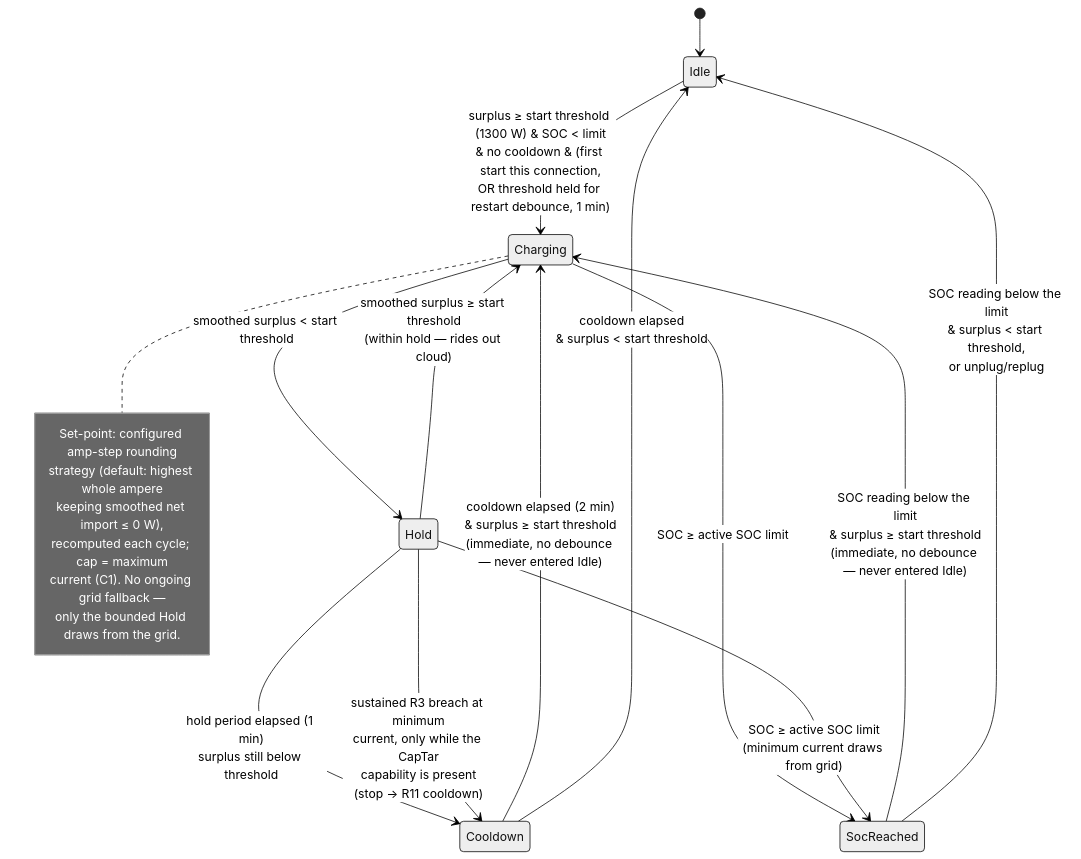
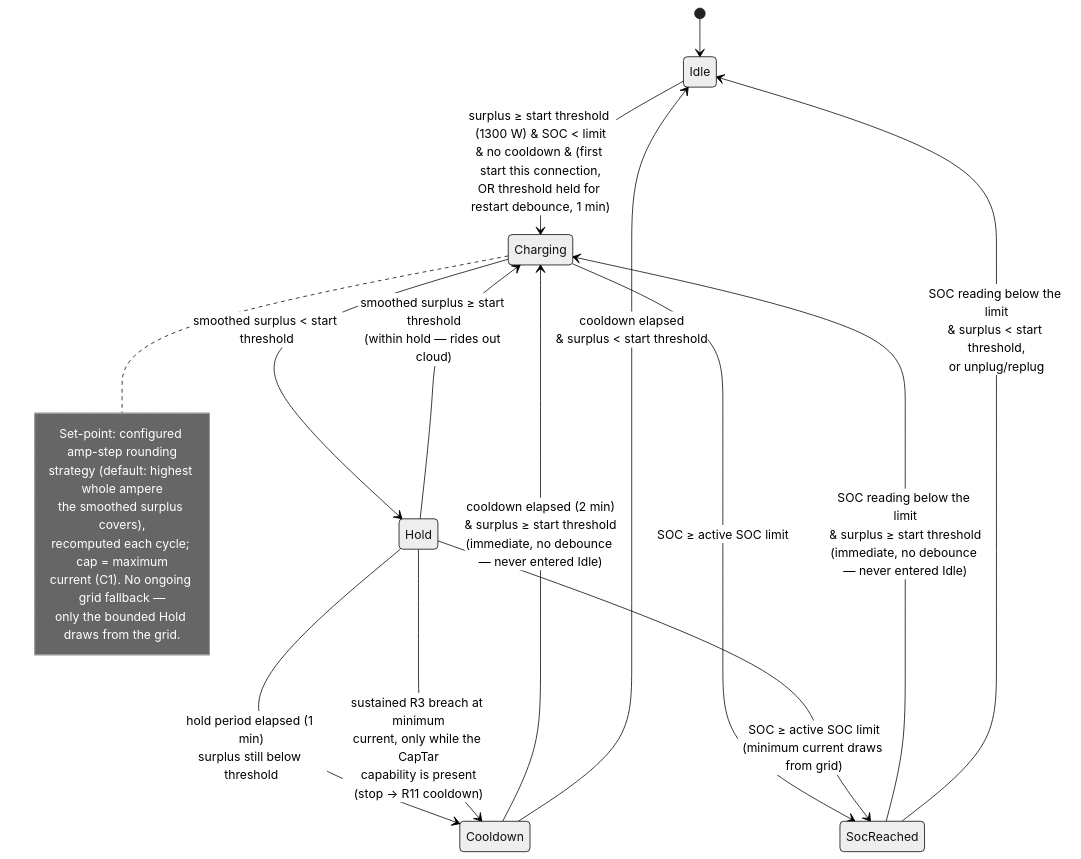
Before and after one commit to kristofdegrave/homeassistant-smart-charging: the diagram in docs/analysis/use-cases/UC02-charge-from-solar-only.md, drawn with Mermaid (neutral theme). The commit also changed other lines of this file and 4 other files, not shown here.

First line of the commit message:
requirement: R10's solar surplus is smoothed from net import and charger power together, a command-changed cycle's sample withheld once (ADR-0049)

````diff
--- a/docs/analysis/use-cases/UC02-charge-from-solar-only.md
+++ b/docs/analysis/use-cases/UC02-charge-from-solar-only.md
@@ -164,23 +164,23 @@
 ```mermaid
 stateDiagram-v2
     [*] --> Idle
     Idle --> Charging: surplus ≥ start threshold (1300 W) & SOC < limit<br/>& no cooldown & (first start this connection,<br/>OR threshold held for restart debounce, 1 min)
     Charging --> Hold: smoothed surplus < start threshold
     Hold --> Charging: smoothed surplus ≥ start threshold<br/>(within hold — rides out cloud)
     Hold --> Cooldown: hold period elapsed (1 min)<br/>surplus still below threshold
     Hold --> Cooldown: sustained R3 breach at minimum<br/>current, only while the CapTar<br/>capability is present<br/>(stop → R11 cooldown)
     Charging --> SocReached: SOC ≥ active SOC limit
     Hold --> SocReached: SOC ≥ active SOC limit<br/>(minimum current draws from grid)
     Cooldown --> Charging: cooldown elapsed (2 min)<br/>& surplus ≥ start threshold<br/>(immediate, no debounce — never entered Idle)
     Cooldown --> Idle: cooldown elapsed<br/>& surplus < start threshold
     SocReached --> Charging: SOC reading below the limit<br/>& surplus ≥ start threshold<br/>(immediate, no debounce — never entered Idle)
     SocReached --> Idle: SOC reading below the limit<br/>& surplus < start threshold,<br/>or unplug/replug
     note right of Charging
         Set-point: configured amp-step rounding
         strategy (default: highest whole ampere
-        keeping smoothed net import ≤ 0 W),
+        the smoothed surplus covers),
         recomputed each cycle; cap = maximum
         current (C1). No ongoing grid fallback —
         only the bounded Hold draws from the grid.
     end note
 ```
````
